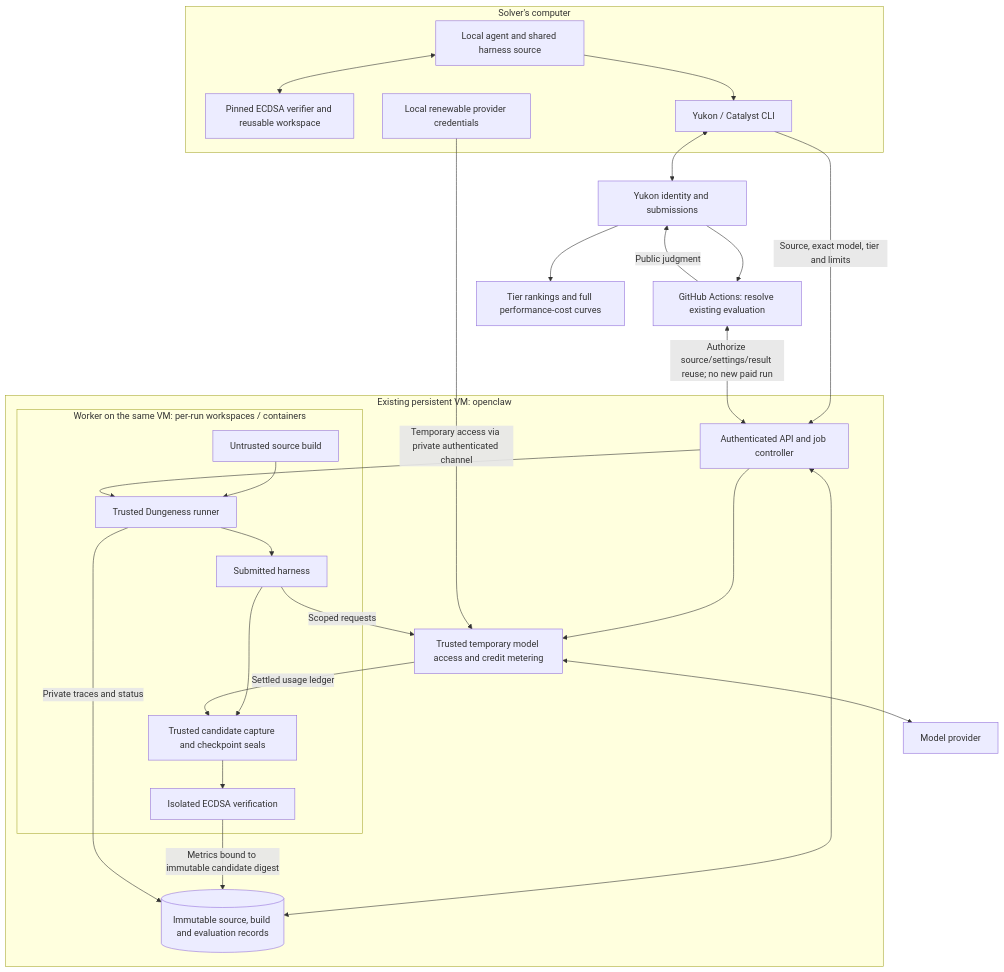
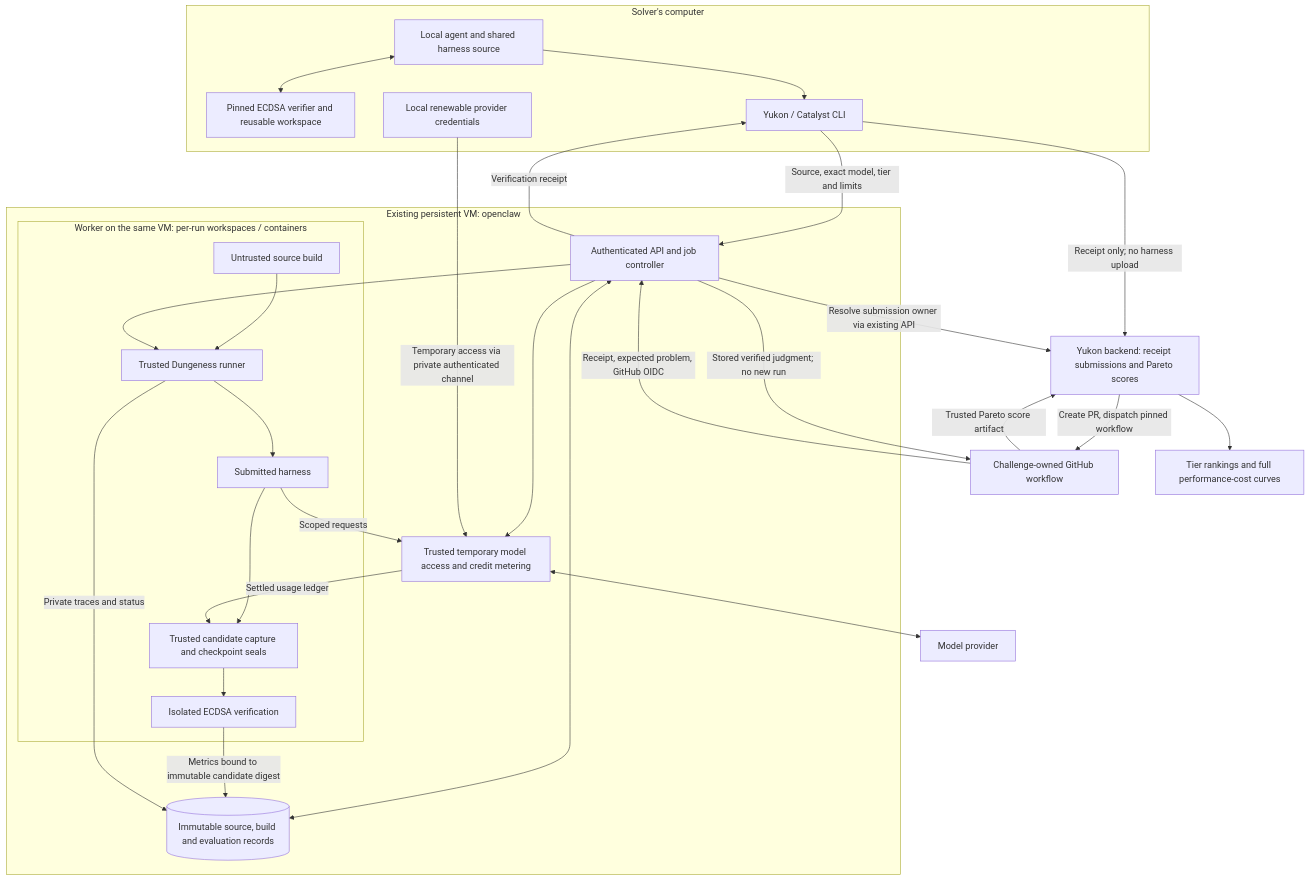
One commit to Layr-Labs/openrsi-space changed the diagram in docs/architecture.md. Above: the diagram before and after it, drawn with Mermaid. The commit also changed other lines of this file and 24 other files, not shown here.

Commit message:
Integrate stock Yukon through authenticated GitHub receipt workflow

````diff
--- a/docs/architecture.md
+++ b/docs/architecture.md
@@ -14,46 +14,49 @@
 ```mermaid
 flowchart TB
     subgraph LOCAL["Solver's computer"]
         DEV["Local agent and shared harness source"]
         CHECK["Pinned ECDSA verifier and reusable workspace"]
         CLI["Yukon / Catalyst CLI"]
         AUTH["Local renewable provider credentials"]
         DEV <--> CHECK
         DEV --> CLI
     end
     subgraph SERVER["Existing persistent VM: openclaw"]
         API["Authenticated API and job controller"]
         STORE[("Immutable source, build and evaluation records")]
         METER["Trusted temporary model access and credit metering"]
         API <--> STORE
         API --> METER
         subgraph WORKER["Worker on the same VM: per-run workspaces / containers"]
             BUILD["Untrusted source build"]
             RUN["Trusted Dungeness runner"]
             HARNESS["Submitted harness"]
             CAPTURE["Trusted candidate capture and checkpoint seals"]
             VERIFY["Isolated ECDSA verification"]
             BUILD --> RUN
             RUN --> HARNESS
             HARNESS --> CAPTURE
             CAPTURE --> VERIFY
         end
     end
     PROVIDER["Model provider"]
-    YUKON["Yukon identity and submissions"]
-    GH["GitHub Actions: resolve existing evaluation"]
+    YUKON["Yukon backend: receipt submissions and Pareto scores"]
+    GITHUB["Challenge-owned GitHub workflow"]
     UI["Tier rankings and full performance-cost curves"]
     CLI -->|"Source, exact model, tier and limits"| API
     AUTH -->|"Temporary access via private authenticated channel"| METER
     API --> RUN
     HARNESS -->|"Scoped requests"| METER
     METER <--> PROVIDER
     METER -->|"Settled usage ledger"| CAPTURE
     VERIFY -->|"Metrics bound to immutable candidate digest"| STORE
     RUN -->|"Private traces and status"| STORE
-    CLI <--> YUKON
-    YUKON --> GH
-    GH <-->|"Authorize source/settings/result reuse; no new paid run"| API
-    GH -->|"Public judgment"| YUKON
+    API -->|"Verification receipt"| CLI
+    CLI -->|"Receipt only; no harness upload"| YUKON
+    YUKON -->|"Create PR, dispatch pinned workflow"| GITHUB
+    GITHUB -->|"Receipt, expected problem, GitHub OIDC"| API
+    API -->|"Resolve submission owner via existing API"| YUKON
+    API -->|"Stored verified judgment; no new run"| GITHUB
+    GITHUB -->|"Trusted Pareto score artifact"| YUKON
     YUKON --> UI
 ```
````
